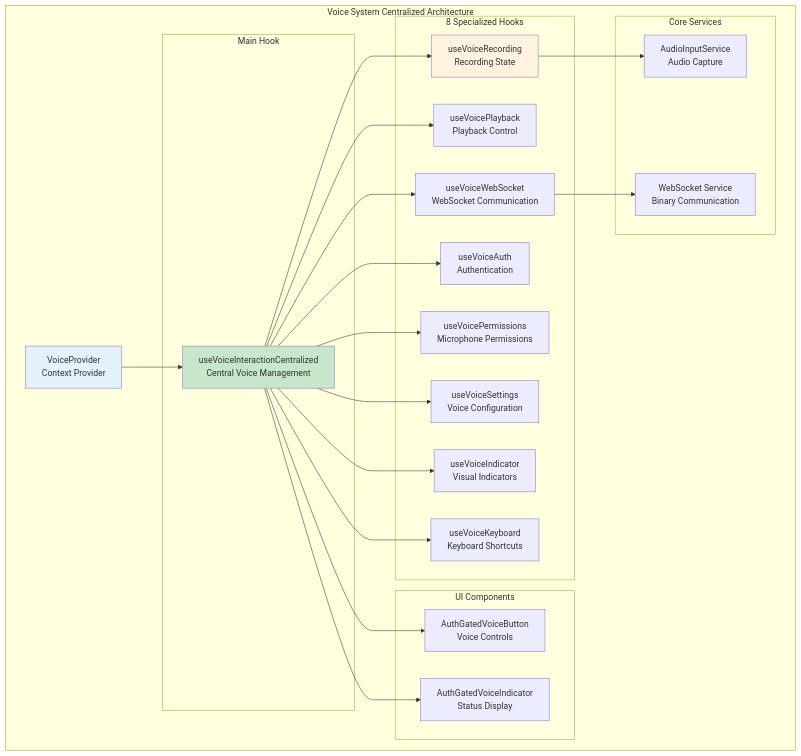
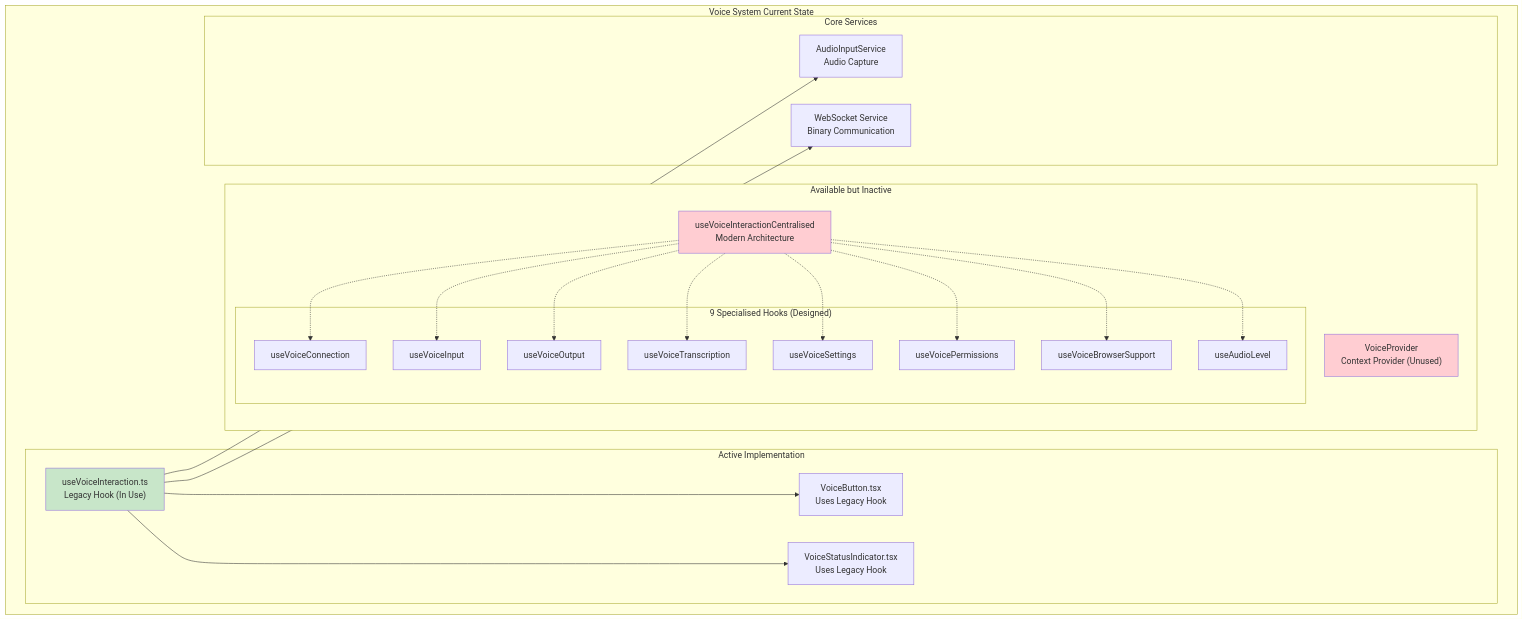
One commit to DreamLab-AI/VisionFlow changed the tenth of 14 diagrams in docs/client-architecture-current.md. Above: the diagram before and after it, drawn with Mermaid. The commit also changed other lines of this file, not shown here.

Commit message:
fully update client diagrams

````diff
--- a/docs/client-architecture-current.md
+++ b/docs/client-architecture-current.md
@@ -677,51 +682,49 @@
 ```mermaid
 graph TB
-    subgraph "Voice System Centralized Architecture"
-        VoiceProvider["VoiceProvider<br/>Context Provider"]
-
-        subgraph "Main Hook"
-            UseVoiceInteractionCentralized["useVoiceInteractionCentralized<br/>Central Voice Management"]
+    subgraph "Voice System Current State"
+        subgraph "Active Implementation"
+            LegacyHook["useVoiceInteraction.ts<br/>Legacy Hook (In Use)"]
+            VoiceButton["VoiceButton.tsx<br/>Uses Legacy Hook"]
+            VoiceIndicator["VoiceStatusIndicator.tsx<br/>Uses Legacy Hook"]
         end
 
-        subgraph "8 Specialized Hooks"
-            UseVoiceRecording["useVoiceRecording<br/>Recording State"]
-            UseVoicePlayback["useVoicePlayback<br/>Playback Control"]
-            UseVoiceWebSocket["useVoiceWebSocket<br/>WebSocket Communication"]
-            UseVoiceAuth["useVoiceAuth<br/>Authentication"]
-            UseVoicePermissions["useVoicePermissions<br/>Microphone Permissions"]
-            UseVoiceSettings["useVoiceSettings<br/>Voice Configuration"]
-            UseVoiceIndicator["useVoiceIndicator<br/>Visual Indicators"]
-            UseVoiceKeyboard["useVoiceKeyboard<br/>Keyboard Shortcuts"]
-        end
+        subgraph "Available but Inactive"
+            VoiceProvider["VoiceProvider<br/>Context Provider (Unused)"]
+            CentralisedHook["useVoiceInteractionCentralised<br/>Modern Architecture"]
 
-        subgraph "UI Components"
-            AuthGatedVoiceButton["AuthGatedVoiceButton<br/>Voice Controls"]
-            AuthGatedVoiceIndicator["AuthGatedVoiceIndicator<br/>Status Display"]
+            subgraph "9 Specialised Hooks (Designed)"
+                UseVoiceConnection["useVoiceConnection"]
+                UseVoiceInput["useVoiceInput"]
+                UseVoiceOutput["useVoiceOutput"]
+                UseVoiceTranscription["useVoiceTranscription"]
+                UseVoiceSettings["useVoiceSettings"]
+                UseVoicePermissions["useVoicePermissions"]
+                UseVoiceBrowserSupport["useVoiceBrowserSupport"]
+                UseAudioLevel["useAudioLevel"]
+            end
         end
 
         subgraph "Core Services"
             AudioInputService["AudioInputService<br/>Audio Capture"]
             WebSocketService["WebSocket Service<br/>Binary Communication"]
         end
 
-        VoiceProvider --> UseVoiceInteractionCentralized
-        UseVoiceInteractionCentralized --> UseVoiceRecording
-        UseVoiceInteractionCentralized --> UseVoicePlayback
-        UseVoiceInteractionCentralized --> UseVoiceWebSocket
-        UseVoiceInteractionCentralized --> UseVoiceAuth
-        UseVoiceInteractionCentralized --> UseVoicePermissions
-        UseVoiceInteractionCentralized --> UseVoiceSettings
-        UseVoiceInteractionCentralized --> UseVoiceIndicator
-        UseVoiceInteractionCentralized --> UseVoiceKeyboard
+        LegacyHook --> VoiceButton
+        LegacyHook --> VoiceIndicator
+        LegacyHook --> AudioInputService
+        LegacyHook --> WebSocketService
 
-        UseVoiceInteractionCentralized --> AuthGatedVoiceButton
-        UseVoiceInteractionCentralized --> AuthGatedVoiceIndicator
+        CentralisedHook -.-> UseVoiceConnection
+        CentralisedHook -.-> UseVoiceInput
+        CentralisedHook -.-> UseVoiceOutput
+        CentralisedHook -.-> UseVoiceTranscription
+        CentralisedHook -.-> UseVoiceSettings
+        CentralisedHook -.-> UseVoicePermissions
+        CentralisedHook -.-> UseVoiceBrowserSupport
+        CentralisedHook -.-> UseAudioLevel
 
-        UseVoiceRecording --> AudioInputService
-        UseVoiceWebSocket --> WebSocketService
-
-        style VoiceProvider fill:#e3f2fd
-        style UseVoiceInteractionCentralized fill:#c8e6c9
-        style UseVoiceRecording fill:#fff3e0
+        style LegacyHook fill:#c8e6c9
+        style CentralisedHook fill:#ffcdd2
+        style VoiceProvider fill:#ffcdd2
     end
 ```
````
